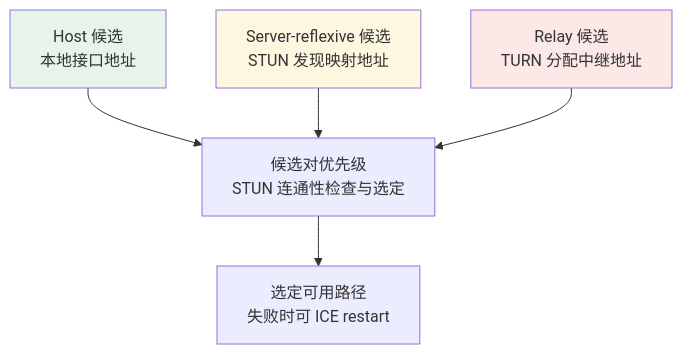
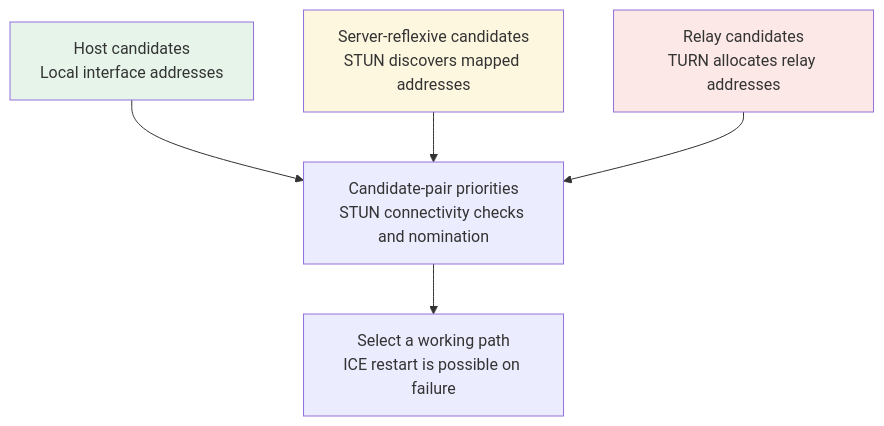
Before and after one commit to oneleaveknowsthefall/awesome-ai-roadmap: the fourth of 5 diagrams in docs/tools/05-transport-gateway/13-sse-websocket-webrtc.md, drawn with Mermaid. The commit also changed other lines of this file and 42 other files, not shown here.

````diff
--- a/docs/tools/05-transport-gateway/13-sse-websocket-webrtc.md
+++ b/docs/tools/05-transport-gateway/13-sse-websocket-webrtc.md
@@ -229,11 +231,11 @@
 ```mermaid
 flowchart TB
-    P1["Host 候选<br/>本地接口地址"] --> CHECK["候选对优先级<br/>STUN 连通性检查与选定"]
-    P2["Server-reflexive 候选<br/>STUN 发现映射地址"] --> CHECK
-    P3["Relay 候选<br/>TURN 分配中继地址"] --> CHECK
-    CHECK --> SELECT["选定可用路径<br/>失败时可 ICE restart"]
+    P1["Host candidates<br/>Local interface addresses"] --> CHECK["Candidate-pair priorities<br/>STUN connectivity checks and nomination"]
+    P2["Server-reflexive candidates<br/>STUN discovers mapped addresses"] --> CHECK
+    P3["Relay candidates<br/>TURN allocates relay addresses"] --> CHECK
+    CHECK --> SELECT["Select a working path<br/>ICE restart is possible on failure"]
 
     style P1 fill:#e6f4ea
     style P2 fill:#fef7e0
     style P3 fill:#fce8e6
 ```
````
